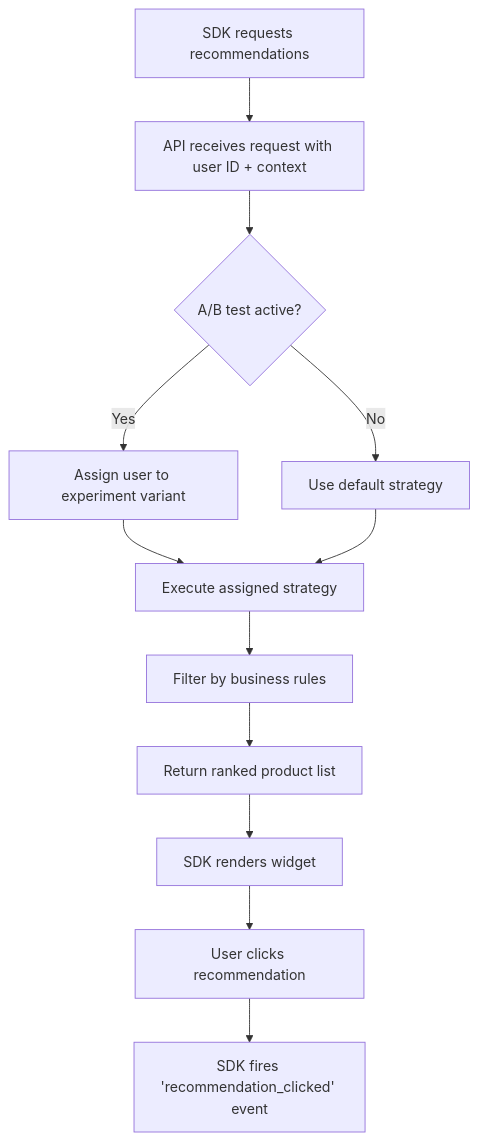
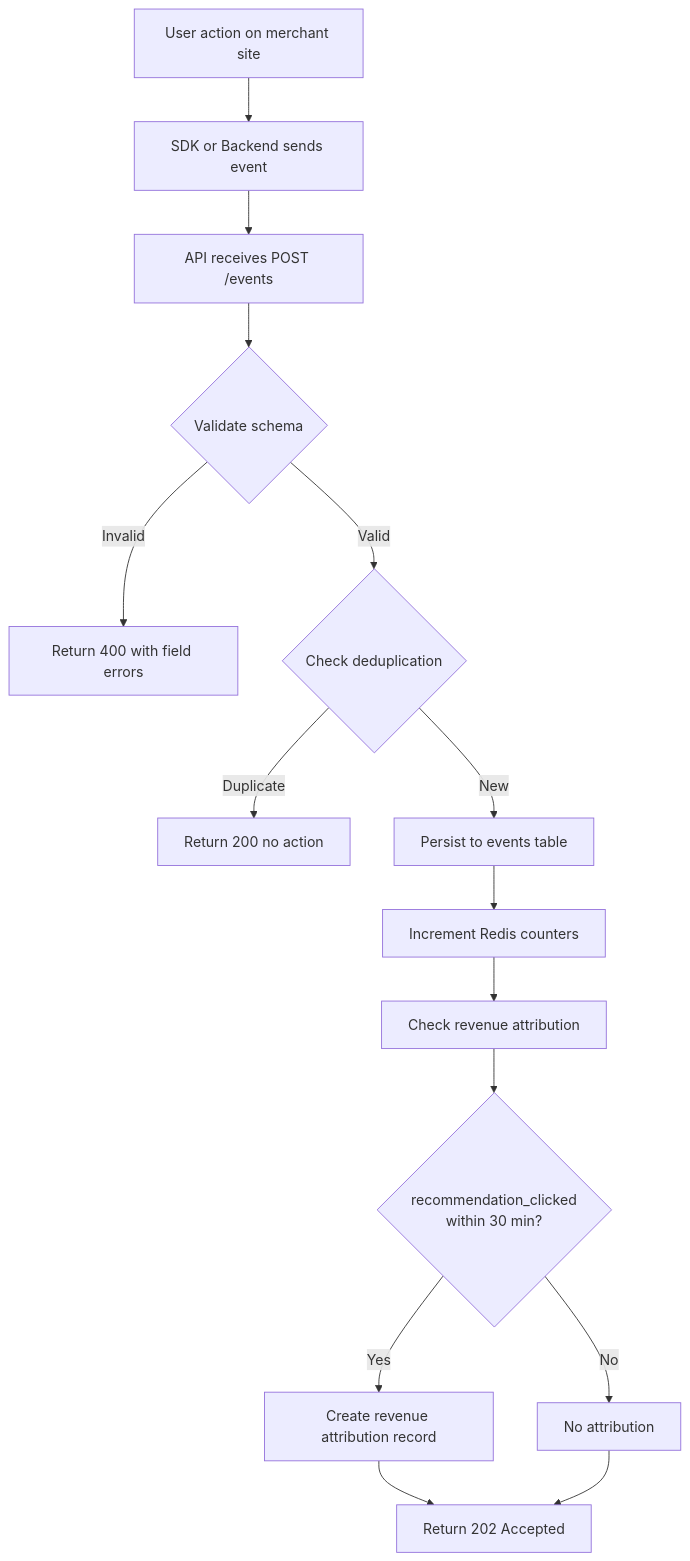
One commit to Tamoura/Claude-Code-creates-the-SW-company changed the fifth of 8 diagrams in products/recomengine/docs/PRD.md. Above: the diagram before and after it, drawn with Mermaid. The commit also changed other lines of this file and 2 other files, not shown here.

First line of the commit message:
docs(prd): create PRD v2.0 for recomengine [PRD-01]

````diff
--- a/products/recomengine/docs/PRD.md
+++ b/products/recomengine/docs/PRD.md
@@ -245,14 +535,17 @@
 ```mermaid
 flowchart TD
-    A[SDK requests recommendations] --> B[API receives request with user ID + context]
-    B --> C{A/B test active?}
-    C -->|Yes| D[Assign user to experiment variant]
-    C -->|No| E[Use default strategy]
-    D --> F[Execute assigned strategy]
-    E --> F
-    F --> G[Filter by business rules]
-    G --> H[Return ranked product list]
-    H --> I[SDK renders widget]
-    I --> J[User clicks recommendation]
-    J --> K[SDK fires 'recommendation_clicked' event]
+    A[User action on merchant site] --> B[SDK or Backend sends event]
+    B --> C[API receives POST /events]
+    C --> D{Validate schema}
+    D -->|Invalid| E[Return 400 with field errors]
+    D -->|Valid| F{Check deduplication}
+    F -->|Duplicate| G[Return 200 no action]
+    F -->|New| H[Persist to events table]
+    H --> I[Increment Redis counters]
+    I --> J[Check revenue attribution]
+    J --> K{recommendation_clicked<br/>within 30 min?}
+    K -->|Yes| L[Create revenue attribution record]
+    K -->|No| M[No attribution]
+    L --> N[Return 202 Accepted]
+    M --> N
 ```
````
